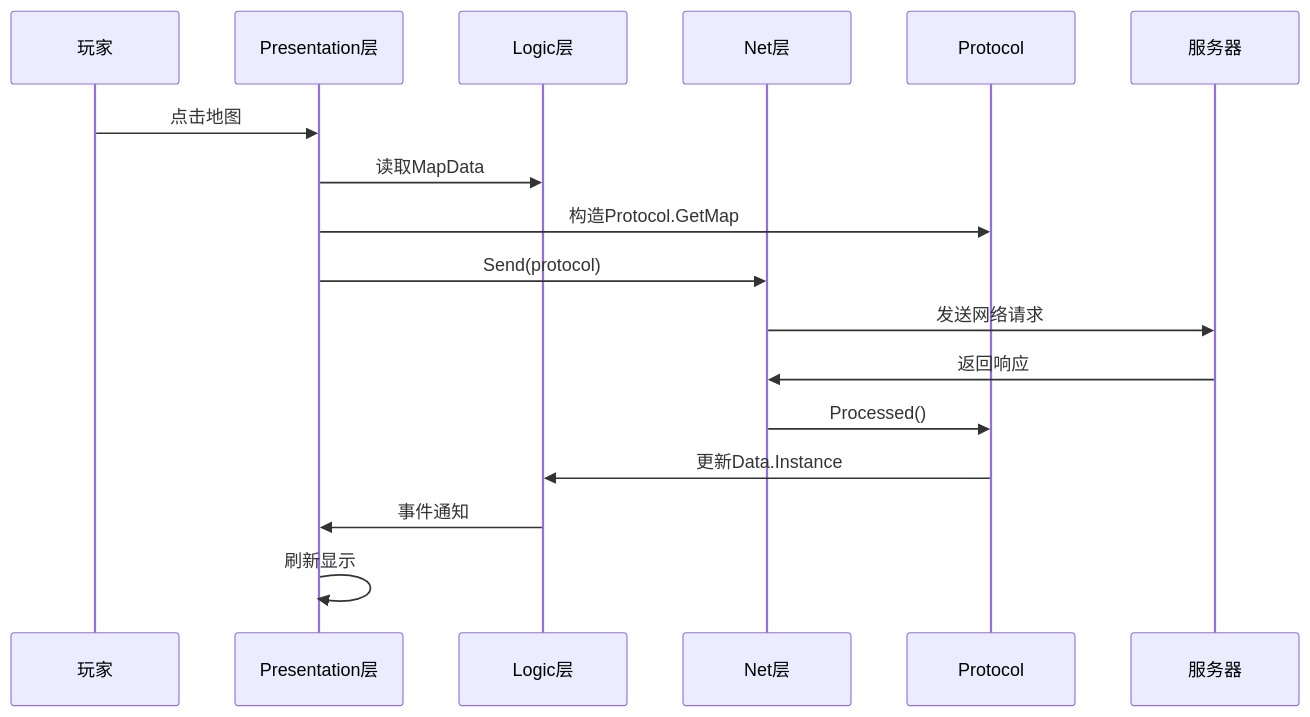
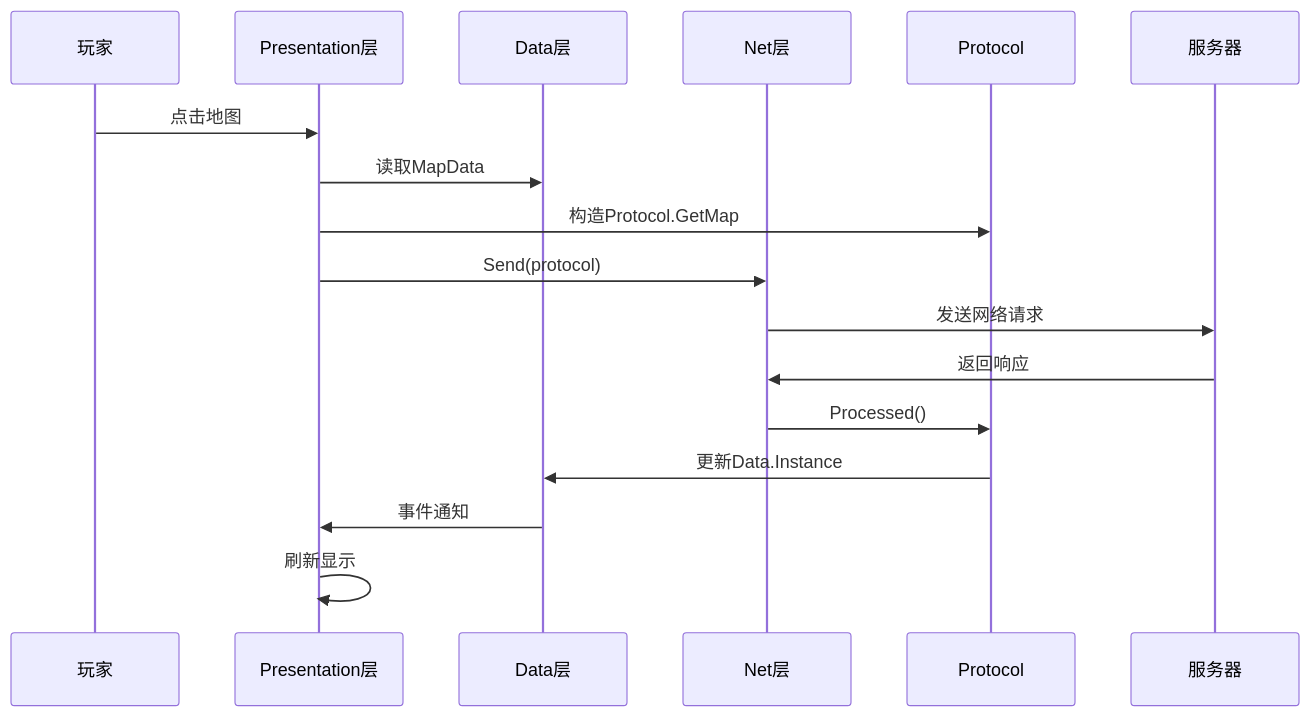
Before and after one commit to zlex001/LOA-Client: the fourth of 6 diagrams in Documents/Architecture/客户端分层架构.md, drawn with Mermaid. The commit also changed other lines of this file and 54 other files, not shown here.

````diff
--- a/Documents/Architecture/客户端分层架构.md
+++ b/Documents/Architecture/客户端分层架构.md
@@ -718,20 +718,20 @@
 ```mermaid
 sequenceDiagram
     participant User as 玩家
     participant UI as Presentation层
-    participant Logic as Logic层
+    participant Data as Data层
     participant Net as Net层
     participant Protocol as Protocol
     participant Server as 服务器
     
     User->>UI: 点击地图
-    UI->>Logic: 读取MapData
+    UI->>Data: 读取MapData
     UI->>Protocol: 构造Protocol.GetMap
     UI->>Net: Send(protocol)
     Net->>Server: 发送网络请求
     Server->>Net: 返回响应
     Net->>Protocol: Processed()
-    Protocol->>Logic: 更新Data.Instance
-    Logic->>UI: 事件通知
+    Protocol->>Data: 更新Data.Instance
+    Data->>UI: 事件通知
     UI->>UI: 刷新显示
 ```
````
